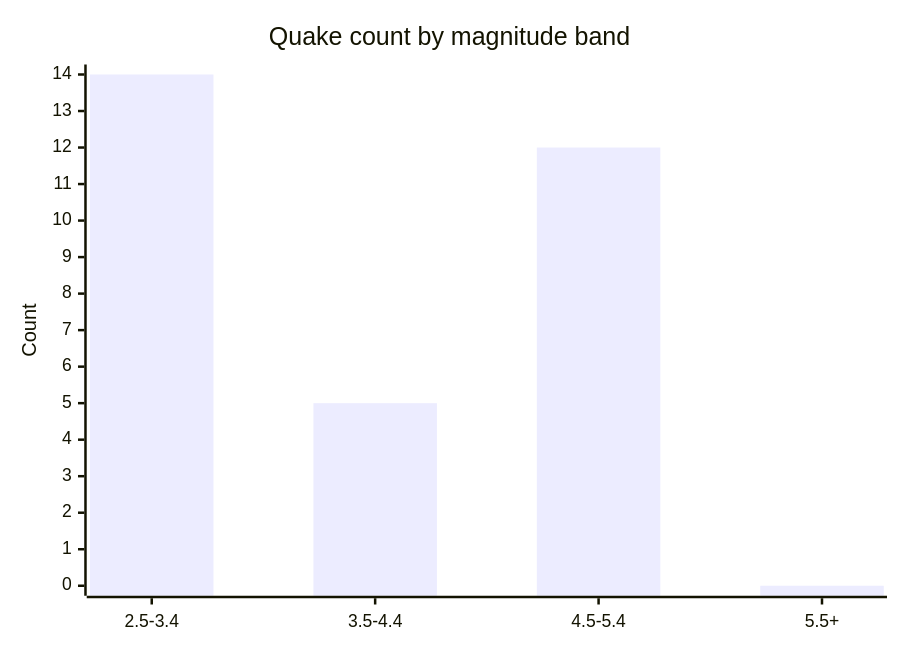
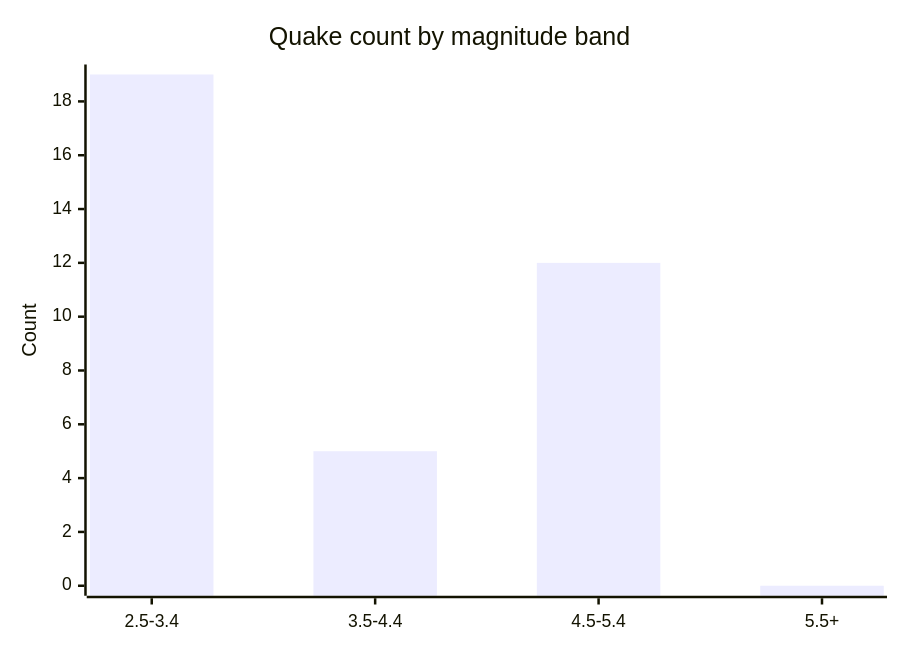
One commit to Midwest-Stratospheric/aerostratospheric-defense-gir changed the fifth of 6 diagrams in docs/GRAPHS.md. Above: the diagram before and after it, drawn with Mermaid. The commit also changed other lines of this file and 24 other files, not shown here.

````diff
--- a/docs/GRAPHS.md
+++ b/docs/GRAPHS.md
@@ -82,7 +82,7 @@
 ```mermaid
 xychart-beta
   title "Quake count by magnitude band"
   x-axis ["2.5-3.4", "3.5-4.4", "4.5-5.4", "5.5+"]
-  y-axis "Count" 0 --> 14
-  bar [14, 5, 12, 0]
+  y-axis "Count" 0 --> 19
+  bar [19, 5, 12, 0]
 ```
````
